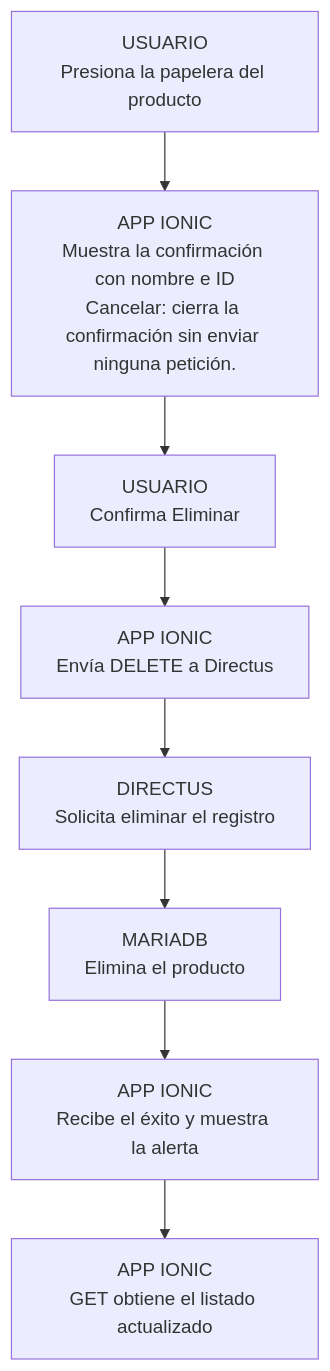
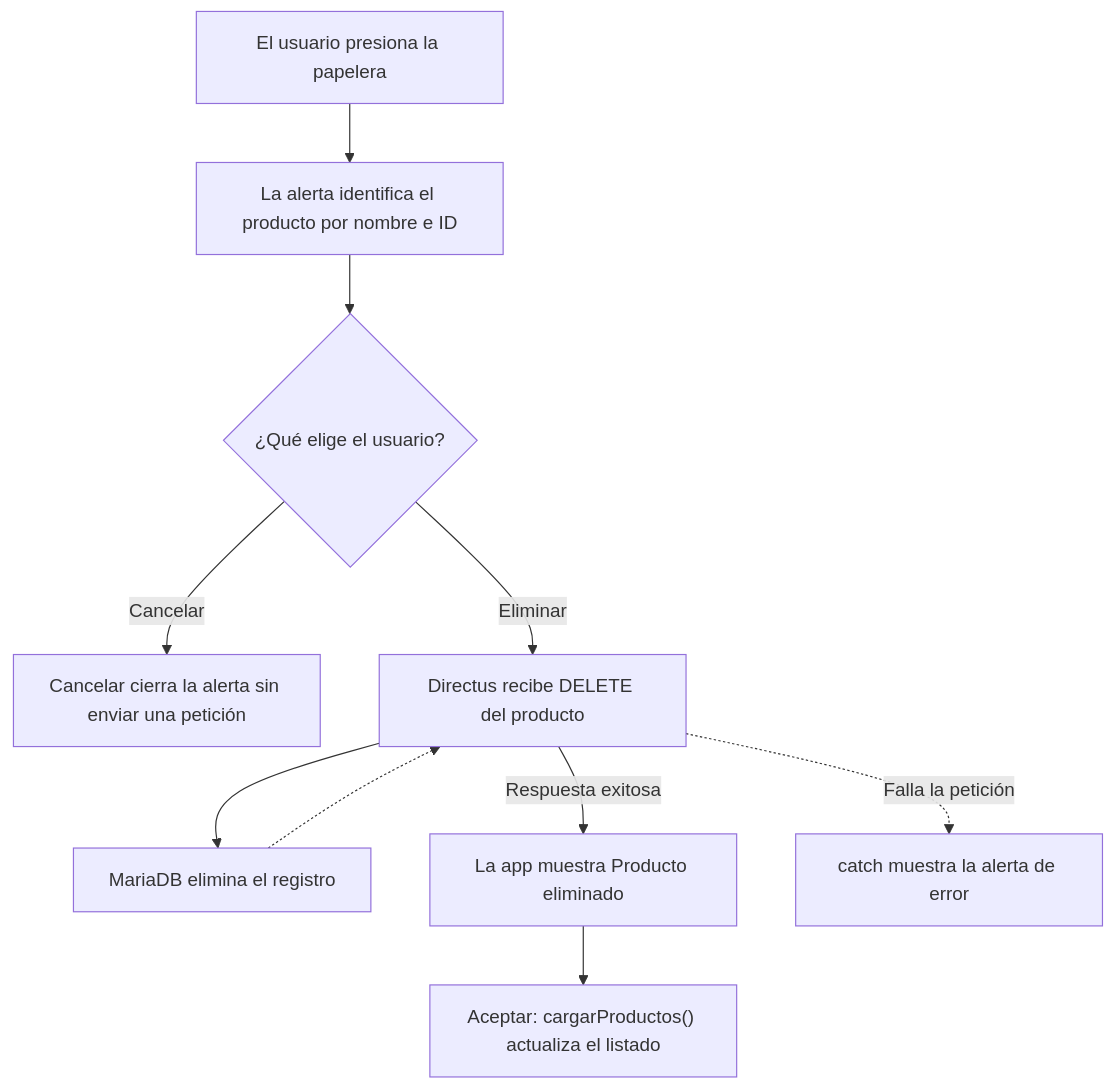
Before and after one commit to JonathanDeLaCruz/docker_moviles: the diagram in docs/manuales/recursos/flujos/05-eliminar.mmd, drawn with Mermaid. The commit also changed 97 other files, not shown here.

Commit message:
Restaura diagramas con ramas y flujo descendente en los manuales

```diff
--- a/docs/manuales/recursos/flujos/05-eliminar.mmd
+++ b/docs/manuales/recursos/flujos/05-eliminar.mmd
@@ -1,16 +1,19 @@
 flowchart TD
-  N0["USUARIO<br/>Presiona la papelera del producto"]
-  N1["APP IONIC<br/>Muestra la confirmación con nombre e ID<br/>Cancelar: cierra la confirmación sin enviar ninguna petición."]
-  N2["USUARIO<br/>Confirma Eliminar"]
-  N3["APP IONIC<br/>Envía DELETE a Directus"]
-  N4["DIRECTUS<br/>Solicita eliminar el registro"]
-  N5["MARIADB<br/>Elimina el producto"]
-  N6["APP IONIC<br/>Recibe el éxito y muestra la alerta"]
-  N7["APP IONIC<br/>GET obtiene el listado actualizado"]
-  N0 --> N1
-  N1 --> N2
-  N2 --> N3
-  N3 --> N4
-  N4 --> N5
-  N5 --> N6
-  N6 --> N7
+  A["El usuario presiona la papelera"]
+  B["La alerta identifica el producto por nombre e ID"]
+  V{"¿Qué elige el usuario?"}
+  CANCEL["Cancelar cierra la alerta sin enviar una petición"]
+  DEL["Directus recibe DELETE del producto"]
+  DB["MariaDB elimina el registro"]
+  OK["La app muestra Producto eliminado"]
+  LIST["Aceptar: cargarProductos() actualiza el listado"]
+  ERR["catch muestra la alerta de error"]
+  A --> B
+  B --> V
+  V -->|"Cancelar"| CANCEL
+  V -->|"Eliminar"| DEL
+  DEL --> DB
+  DB -.-> DEL
+  DEL -->|"Respuesta exitosa"| OK
+  OK --> LIST
+  DEL -.->|"Falla la petición"| ERR
```
